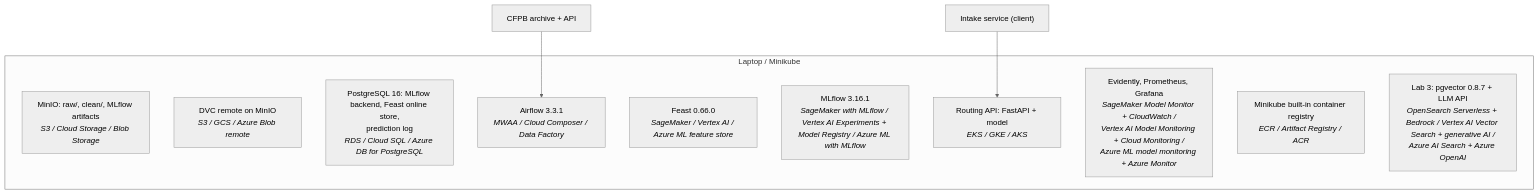
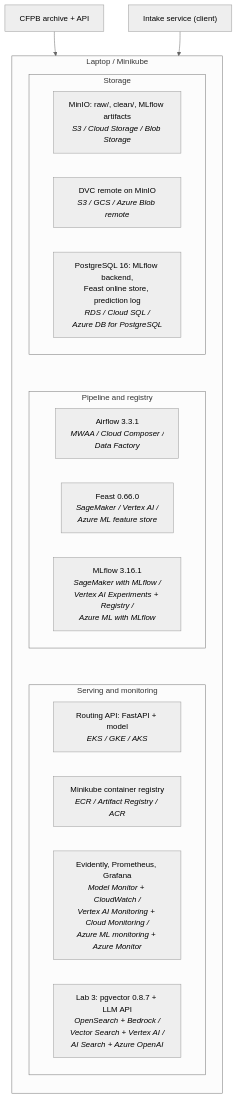
Before and after one commit to lev-laptinov/complaint-routing: the third of 3 diagrams in docs/design.md, drawn with Mermaid (neutral theme). The commit also changed other lines of this file, not shown here.

Commit message:
Lay out deployment diagram in three readable rows

````diff
--- a/docs/design.md
+++ b/docs/design.md
@@ -312,17 +314,30 @@
 ```mermaid
 flowchart TB
+    CFPB["CFPB archive + API"]
     subgraph LAPTOP["Laptop / Minikube"]
-        MINIO["MinIO: raw/, clean/, MLflow artifacts<br/><i>S3 / Cloud Storage / Blob Storage</i>"]
-        DVC["DVC remote on MinIO<br/><i>S3 / GCS / Azure Blob remote</i>"]
-        PG["PostgreSQL 16: MLflow backend, Feast online store,<br/>prediction log<br/><i>RDS / Cloud SQL / Azure DB for PostgreSQL</i>"]
-        AF["Airflow 3.3.1<br/><i>MWAA / Cloud Composer / Data Factory</i>"]
-        FEAST["Feast 0.66.0<br/><i>SageMaker / Vertex AI / Azure ML feature store</i>"]
-        MLF["MLflow 3.16.1<br/><i>SageMaker with MLflow / Vertex AI Experiments + Model Registry / Azure ML with MLflow</i>"]
-        SVC["Routing API: FastAPI + model<br/><i>EKS / GKE / AKS</i>"]
-        MON["Evidently, Prometheus, Grafana<br/><i>SageMaker Model Monitor + CloudWatch /<br/>Vertex AI Model Monitoring + Cloud Monitoring /<br/>Azure ML model monitoring + Azure Monitor</i>"]
-        REG["Minikube built-in container registry<br/><i>ECR / Artifact Registry / ACR</i>"]
-        VEC["Lab 3: pgvector 0.8.7 + LLM API<br/><i>OpenSearch Serverless + Bedrock / Vertex AI Vector Search + generative AI /<br/>Azure AI Search + Azure OpenAI</i>"]
+        direction TB
+        subgraph DATA["Storage"]
+            direction LR
+            MINIO["MinIO: raw/, clean/, MLflow artifacts<br/><i>S3 / Cloud Storage / Blob Storage</i>"]
+            DVC["DVC remote on MinIO<br/><i>S3 / GCS / Azure Blob remote</i>"]
+            PG["PostgreSQL 16: MLflow backend,<br/>Feast online store, prediction log<br/><i>RDS / Cloud SQL /<br/>Azure DB for PostgreSQL</i>"]
+        end
+        subgraph PIPE["Pipeline and registry"]
+            direction LR
+            AF["Airflow 3.3.1<br/><i>MWAA / Cloud Composer /<br/>Data Factory</i>"]
+            FEAST["Feast 0.66.0<br/><i>SageMaker / Vertex AI /<br/>Azure ML feature store</i>"]
+            MLF["MLflow 3.16.1<br/><i>SageMaker with MLflow /<br/>Vertex AI Experiments + Registry /<br/>Azure ML with MLflow</i>"]
+        end
+        subgraph SERVE["Serving and monitoring"]
+            direction LR
+            SVC["Routing API: FastAPI + model<br/><i>EKS / GKE / AKS</i>"]
+            REG["Minikube container registry<br/><i>ECR / Artifact Registry / ACR</i>"]
+            MON["Evidently, Prometheus, Grafana<br/><i>Model Monitor + CloudWatch /<br/>Vertex AI Monitoring + Cloud Monitoring /<br/>Azure ML monitoring + Azure Monitor</i>"]
+            VEC["Lab 3: pgvector 0.8.7 + LLM API<br/><i>OpenSearch + Bedrock /<br/>Vector Search + Vertex AI /<br/>AI Search + Azure OpenAI</i>"]
+        end
+        DATA ~~~ PIPE ~~~ SERVE
     end
-    CFPB["CFPB archive + API"] --> AF
-    CLIENT["Intake service (client)"] --> SVC
+    CLIENT["Intake service (client)"]
+    CFPB --> PIPE
+    CLIENT --> SERVE
 ```
````
